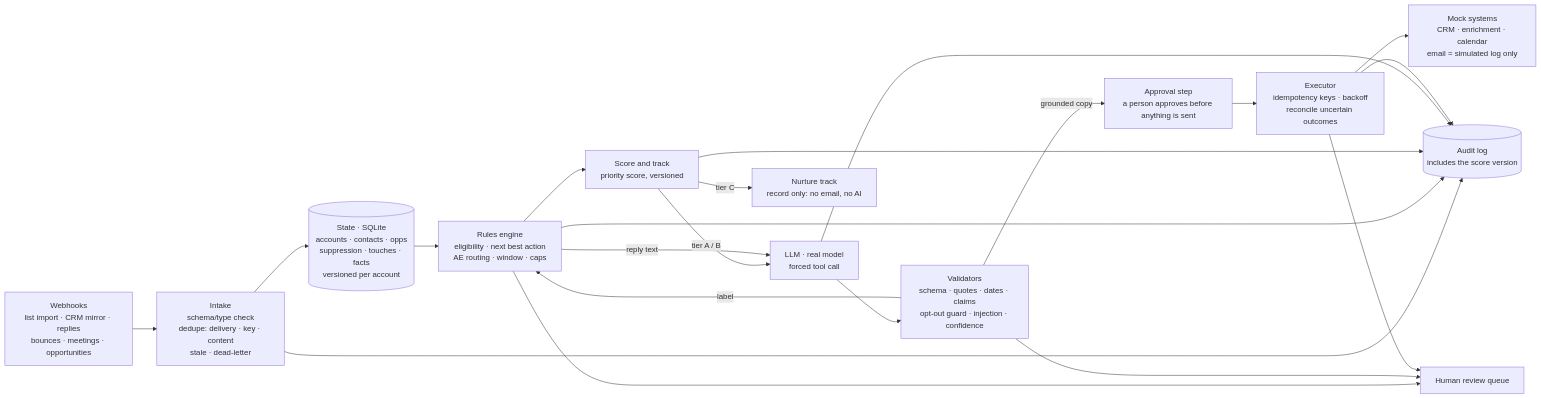
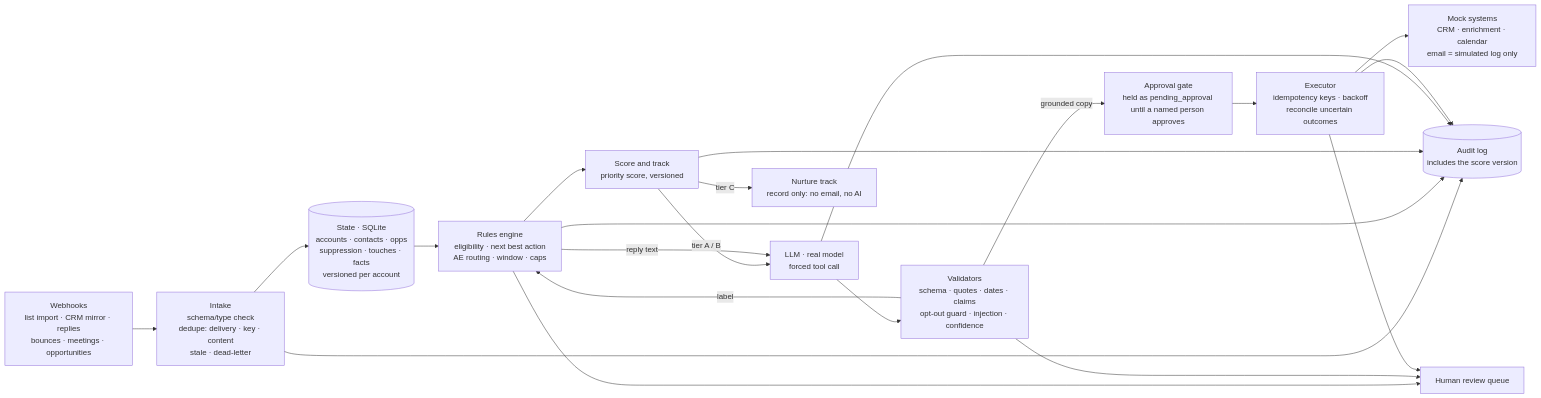
The diagram in growth-orchestrator/README.md (apogeoconsara/challengeclara), drawn with Mermaid before and after one commit. The commit also changed other lines of this file and 30 other files, not shown here.

First line of the commit message:
Approval gate in the engine, first stored live eval, CI browser test and CLAUDE.md (#2)

````diff
--- a/growth-orchestrator/README.md
+++ b/growth-orchestrator/README.md
@@ -39,19 +39,19 @@
 ```mermaid
 flowchart LR
   W[Webhooks<br/>list import · CRM mirror · replies<br/>bounces · meetings · opportunities] --> I[Intake<br/>schema/type check<br/>dedupe: delivery · key · content<br/>stale · dead-letter]
   I --> S[(State · SQLite<br/>accounts · contacts · opps<br/>suppression · touches · facts<br/>versioned per account)]
   S --> R[Rules engine<br/>eligibility · next best action<br/>AE routing · window · caps]
   R --> SC[Score and track<br/>priority score, versioned]
   SC -- tier A / B --> L[LLM · real model<br/>forced tool call]
   SC -- tier C --> N[Nurture track<br/>record only: no email, no AI]
   R -- reply text --> L
   L --> V[Validators<br/>schema · quotes · dates · claims<br/>opt-out guard · injection · confidence]
   V -- label --> R
-  V -- grounded copy --> AP[Approval step<br/>a person approves before anything is sent]
+  V -- grounded copy --> AP[Approval gate<br/>held as pending_approval until a named person approves]
   AP --> X[Executor<br/>idempotency keys · backoff<br/>reconcile uncertain outcomes]
   X --> M[Mock systems<br/>CRM · enrichment · calendar<br/>email = simulated log only]
   R --> H[Human review queue]
   V --> H
   X --> H
   I & R & SC & L & X --> A[(Audit log<br/>includes the score version)]
 ```
````
